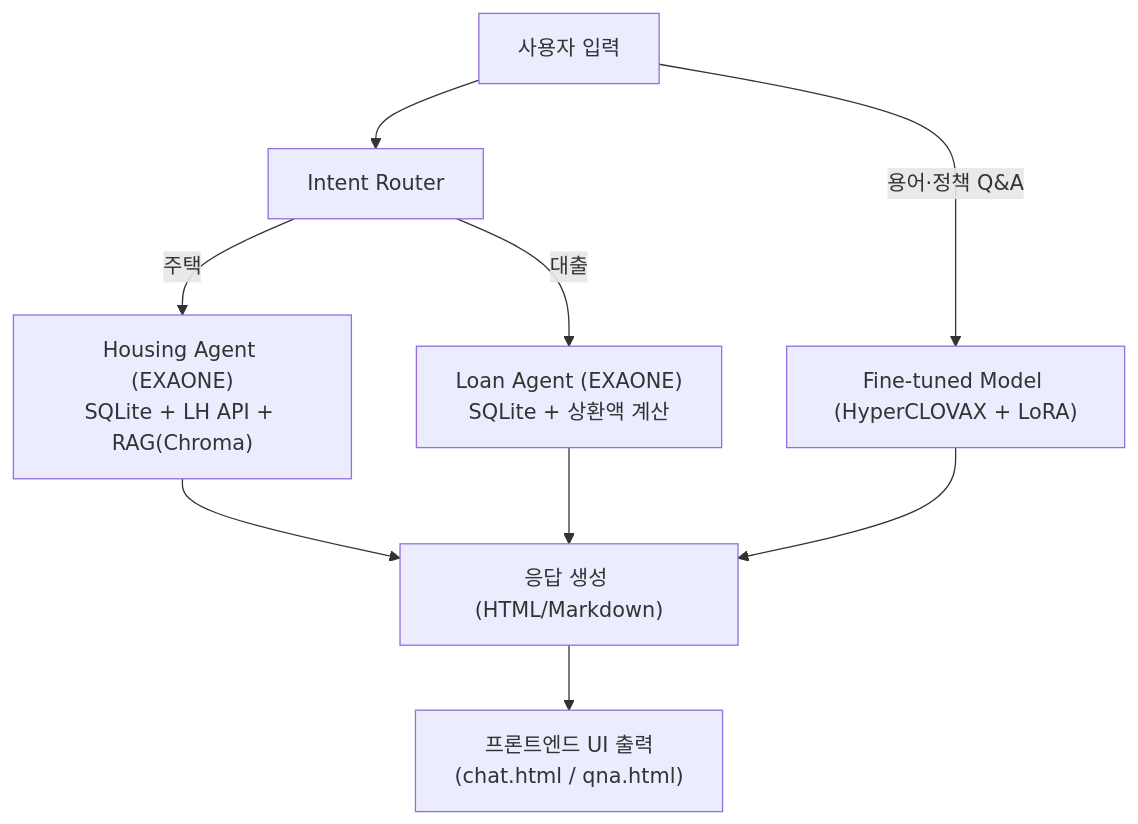
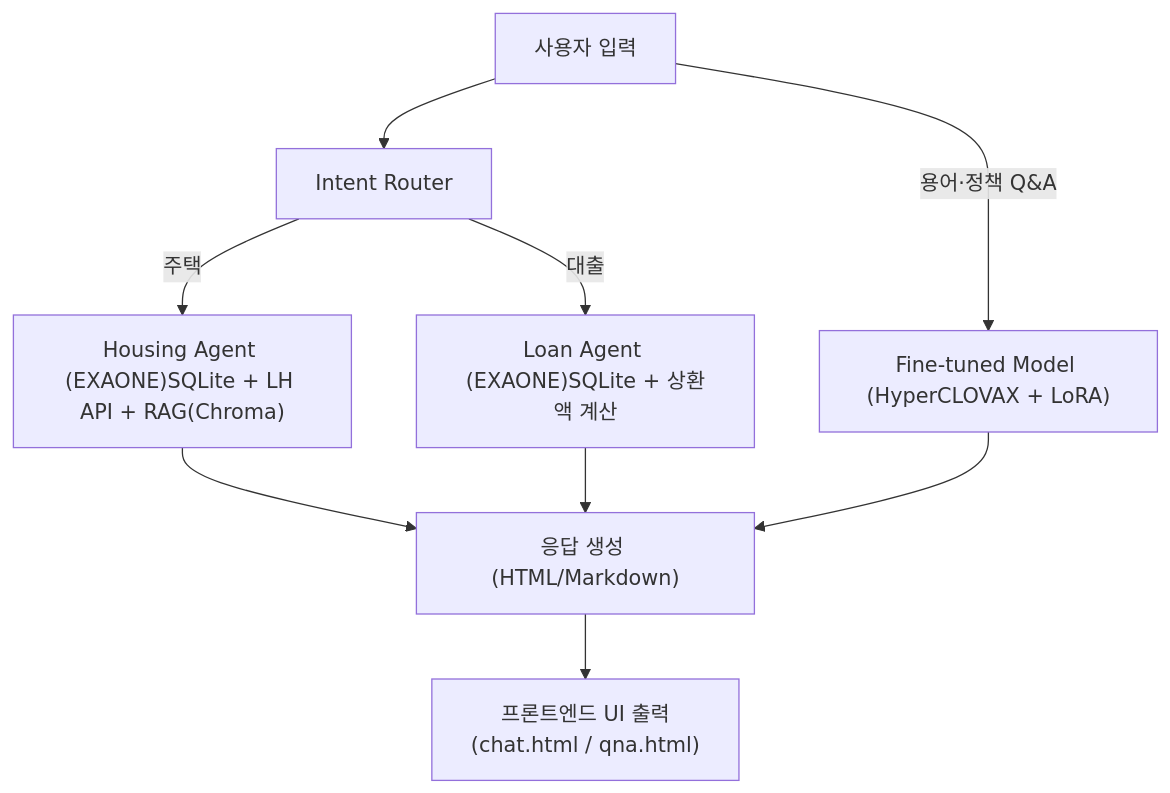
The first of 2 diagrams in README.md (ChangMin59/welhome), drawn with Mermaid before and after one commit.

````diff
--- a/README.md
+++ b/README.md
@@ -30,11 +30,11 @@
 ```mermaid
 flowchart TD
     A["사용자 입력"] --> B["Intent Router"]
-    B -->|주택| C["Housing Agent (EXAONE)\nSQLite + LH API + RAG(Chroma)"]
-    B -->|대출| D["Loan Agent (EXAONE)\nSQLite + 상환액 계산"]
+    B -->|주택| C["Housing Agent (EXAONE)SQLite + LH API + RAG(Chroma)"]
+    B -->|대출| D["Loan Agent (EXAONE)SQLite + 상환액 계산"]
     A -->|용어·정책 Q&A| E["Fine-tuned Model (HyperCLOVAX + LoRA)"]
     C --> F["응답 생성 (HTML/Markdown)"]
     D --> F
     E --> F
     F --> G["프론트엔드 UI 출력\n(chat.html / qna.html)"]
 ```
````
